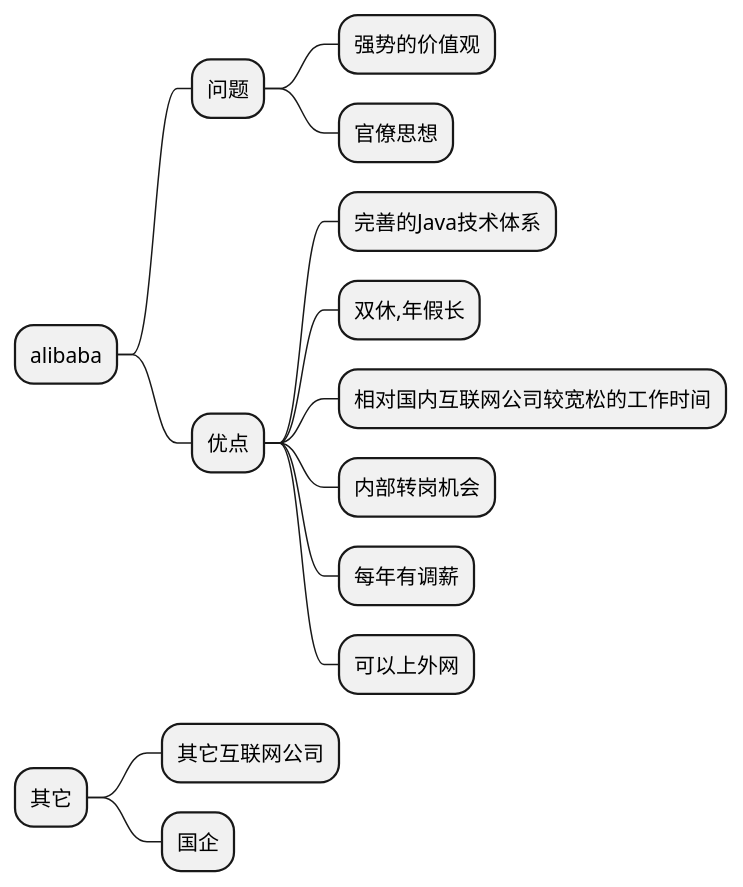
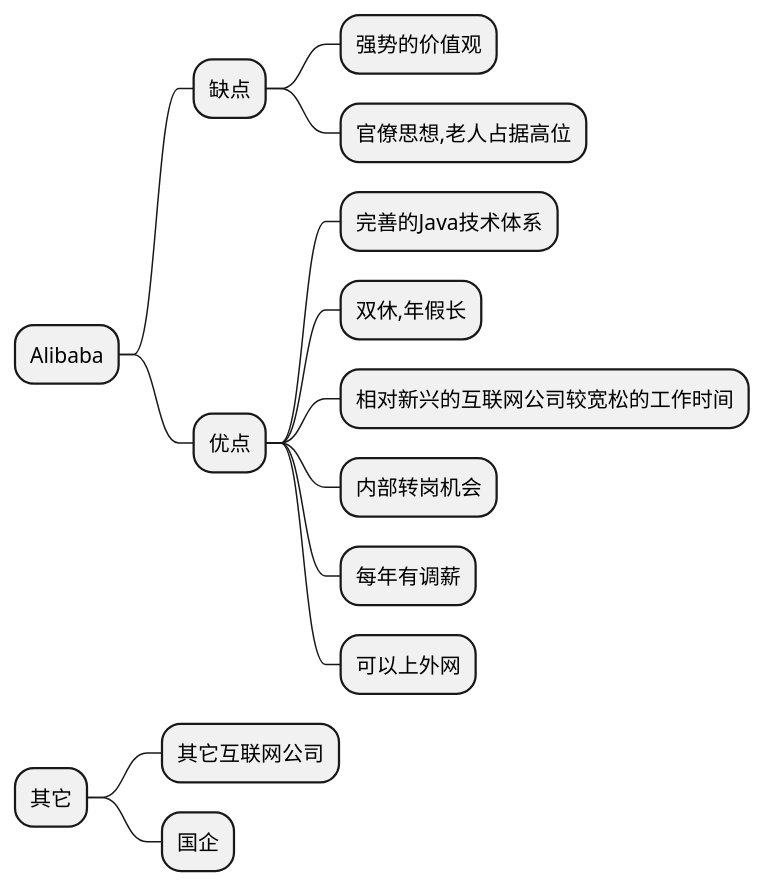
The diagram in D·观点-know_who/思考/alibaba.plantuml (Huang2070/alpha-centauri-c), drawn with PlantUML before and after one commit. The commit also changed 5 other files, not shown here.

```diff
--- a/D·观点-know_who/思考/alibaba.plantuml
+++ b/D·观点-know_who/思考/alibaba.plantuml
@@ -1,24 +1,24 @@
 @startmindmap 中国
-* alibaba
-** 问题
+* Alibaba
+** 缺点
 *** 强势的价值观
-*** 官僚思想
+*** 官僚思想,老人占据高位
 
 
 ** 优点
 *** 完善的Java技术体系
 *** 双休,年假长
-*** 相对国内互联网公司较宽松的工作时间
+*** 相对新兴的互联网公司较宽松的工作时间
 *** 内部转岗机会
 *** 每年有调薪
 *** 可以上外网
 
 
 * 其它
 ** 其它互联网公司
 
 
 ** 国企
 
 
 @endmindmap
```
